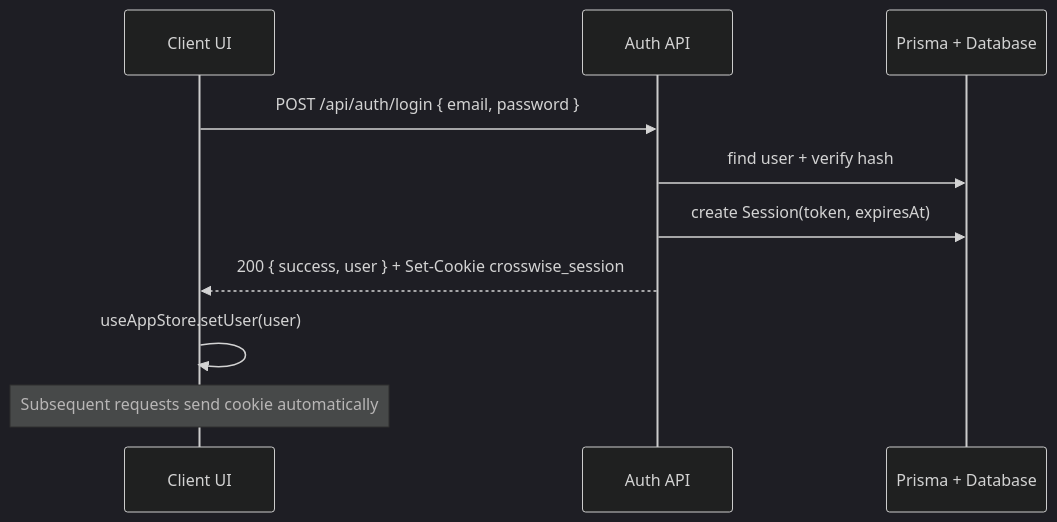
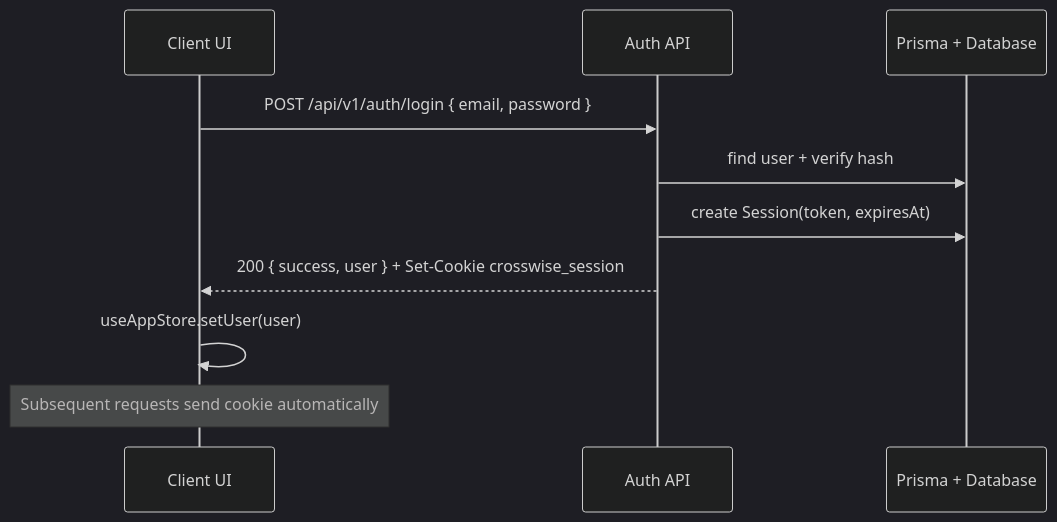
The first of 4 diagrams in docs/data_flow.md (dragondad22/CrossWise), drawn with Mermaid (dark theme) before and after one commit. The commit also changed other lines of this file and 29 other files, not shown here.

````diff
--- a/docs/data_flow.md
+++ b/docs/data_flow.md
@@ -7,13 +7,13 @@
 ```mermaid
 sequenceDiagram
     participant UI as Client UI
     participant API as Auth API
     participant DB as Prisma + Database
 
-    UI->>API: POST /api/auth/login { email, password }
+    UI->>API: POST /api/v1/auth/login { email, password }
     API->>DB: find user + verify hash
     API->>DB: create Session(token, expiresAt)
     API-->>UI: 200 { success, user } + Set-Cookie crosswise_session
     UI->>UI: useAppStore.setUser(user)
     Note over UI: Subsequent requests send cookie automatically
 ```
````
